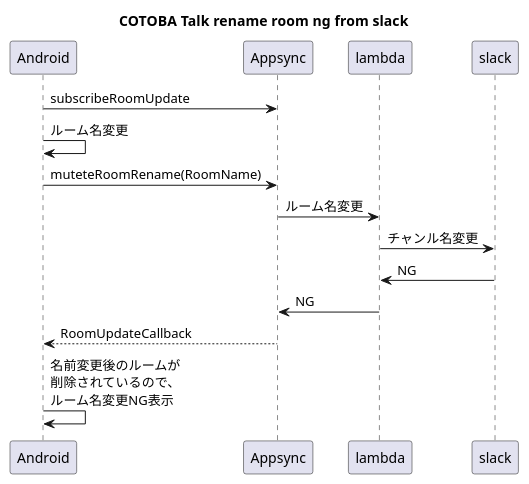
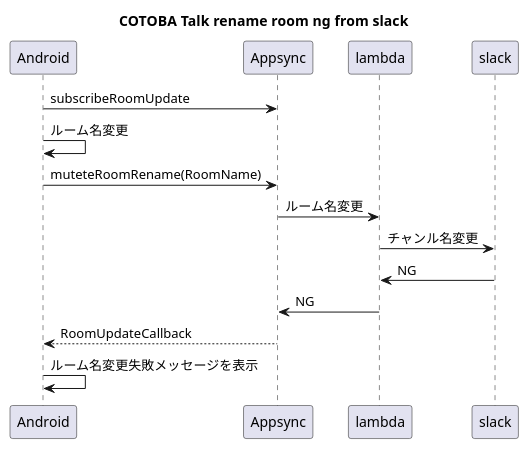
Before and after one commit to TsuyoshiGoto/UML: the diagram in cotoba_talk/sequence/20210513_renameroom_ng.wsd, drawn with PlantUML. The commit also changed 7 other files, not shown here.

Commit message:
Update sequence dialog.

```diff
--- a/cotoba_talk/sequence/20210513_renameroom_ng.wsd
+++ b/cotoba_talk/sequence/20210513_renameroom_ng.wsd
@@ -1,15 +1,15 @@
 @startuml
 
 title COTOBA Talk rename room ng from slack
 
 Android -> Appsync:subscribeRoomUpdate
 Android -> Android:ルーム名変更
 Android -> Appsync:muteteRoomRename(RoomName)
 Appsync -> lambda:ルーム名変更
 lambda -> slack:チャンル名変更
 slack -> lambda:NG
 lambda -> Appsync:NG
 Appsync --> Android:RoomUpdateCallback
-Android -> Android:名前変更後のルームが\n削除されているので、\nルーム名変更NG表示
+Android -> Android:ルーム名変更失敗メッセージを表示
 
 @enduml
```
